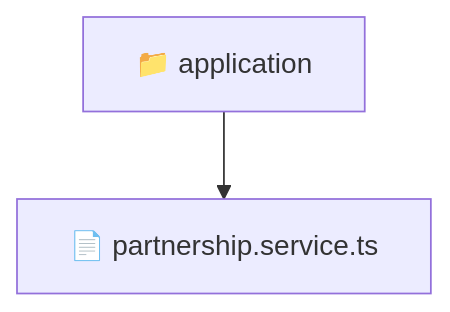
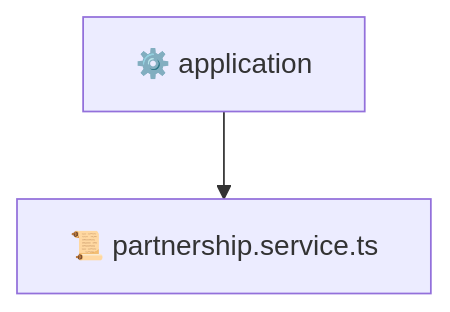
The diagram in backend/src/modules/partnership/application/README.md (beginwebdev2002/fullstack-mavluda), drawn with Mermaid before and after one commit. The commit also changed other lines of this file and 163 other files, not shown here.

````diff
--- a/backend/src/modules/partnership/application/README.md
+++ b/backend/src/modules/partnership/application/README.md
@@ -9,5 +9,5 @@
 ```mermaid
 graph TD
-  Root["📁 application"]
-  Root --> partnership_service_ts["📄 partnership.service.ts"]
+  application["⚙️ application"]
+  application --> partnership_service_ts["📜 partnership.service.ts"]
 ```
````
